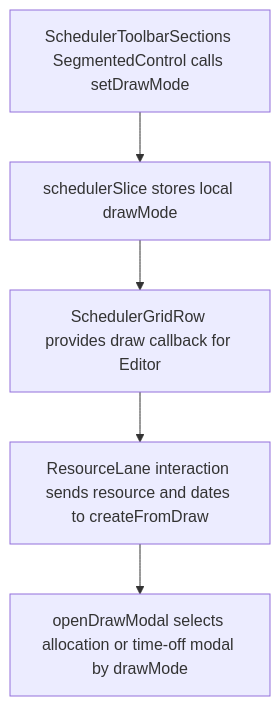
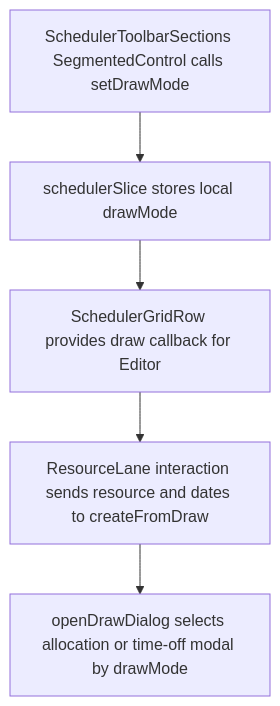
Before and after one commit to Kevinjohn/capacitylens: the second of 2 diagrams in user-stories/toolbar/US-TBR-05-draw-mode.md, drawn with Mermaid. The commit also changed 47 other files, not shown here.

First line of the commit message:
Allocation dialog: rename allocation modal files and types

````diff
--- a/user-stories/toolbar/US-TBR-05-draw-mode.md
+++ b/user-stories/toolbar/US-TBR-05-draw-mode.md
@@ -37,7 +37,7 @@
 ```mermaid
 flowchart TD
   A["SchedulerToolbarSections SegmentedControl calls setDrawMode"] --> B["schedulerSlice stores local drawMode"]
   B --> C["SchedulerGridRow provides draw callback for Editor"]
   C --> D["ResourceLane interaction sends resource and dates to createFromDraw"]
-  D --> E["openDrawModal selects allocation or time-off modal by drawMode"]
+  D --> E["openDrawDialog selects allocation or time-off modal by drawMode"]
 ```
````
